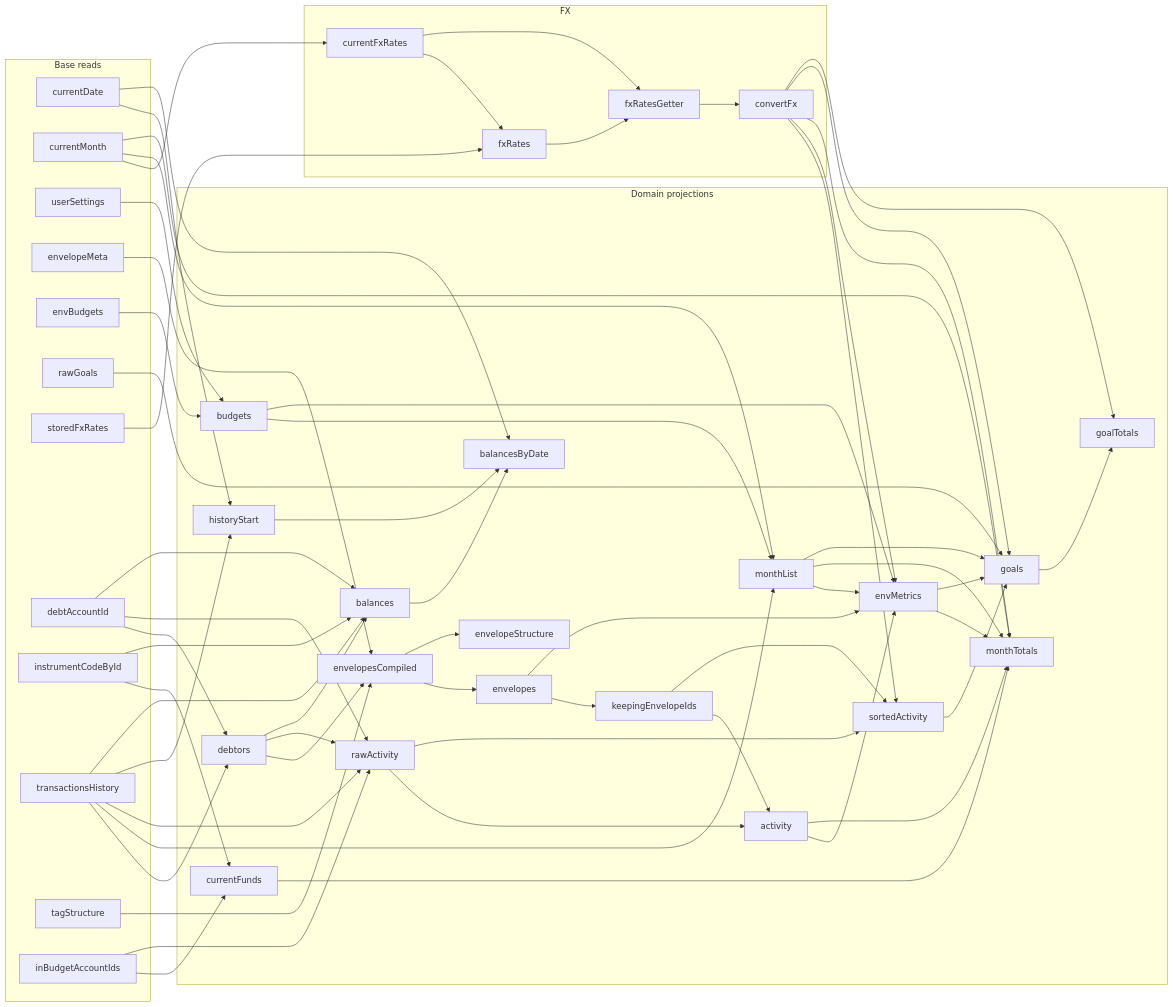
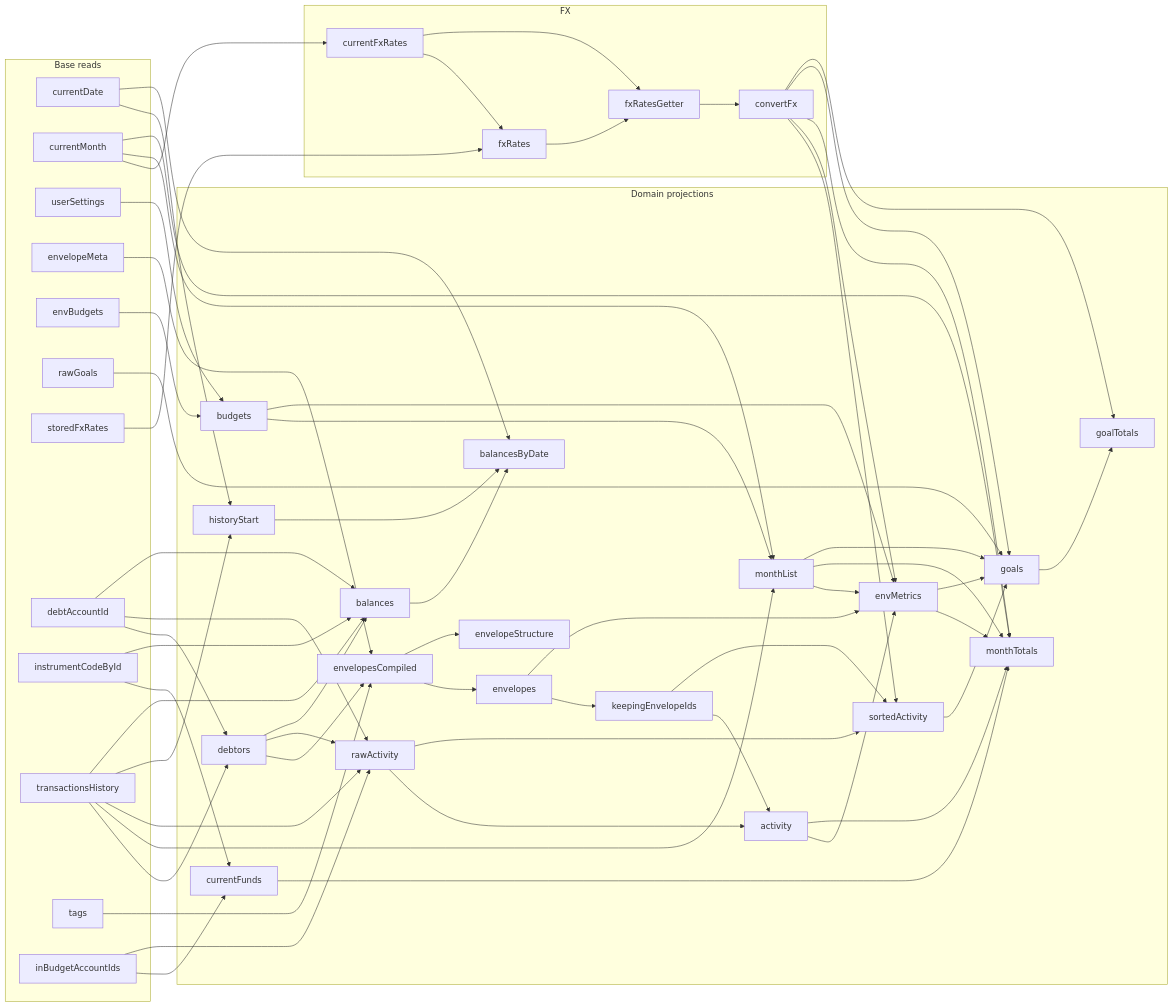
Before and after one commit to ardov/zerro: the second of 2 diagrams in src/zerro-core/documents/architecture.md, drawn with Mermaid. The commit also changed 13 other files, not shown here.

```diff
--- a/src/zerro-core/documents/architecture.md
+++ b/src/zerro-core/documents/architecture.md
@@ -314,7 +314,7 @@
     debtAccountId
     instrumentCodeById
     transactionsHistory
-    tagStructure
+    tags
     inBudgetAccountIds
   end
 
@@ -356,7 +356,7 @@
   transactionsHistory --> debtors
   debtAccountId --> debtors
   debtors --> envelopesCompiled
-  tagStructure --> envelopesCompiled
+  tags --> envelopesCompiled
   envelopeMeta --> envelopesCompiled
   envelopesCompiled --> envelopes
   envelopesCompiled --> envelopeStructure
```
